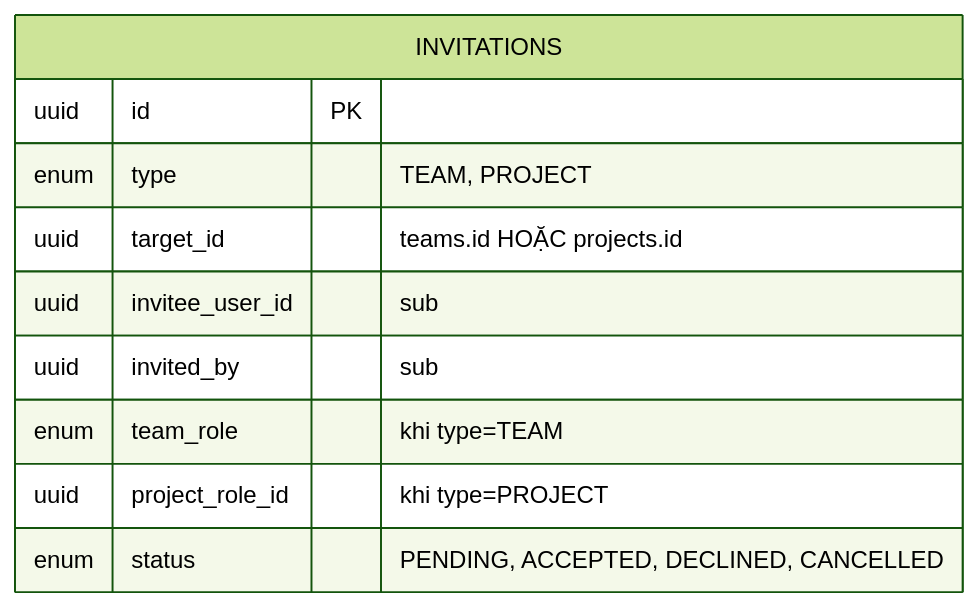
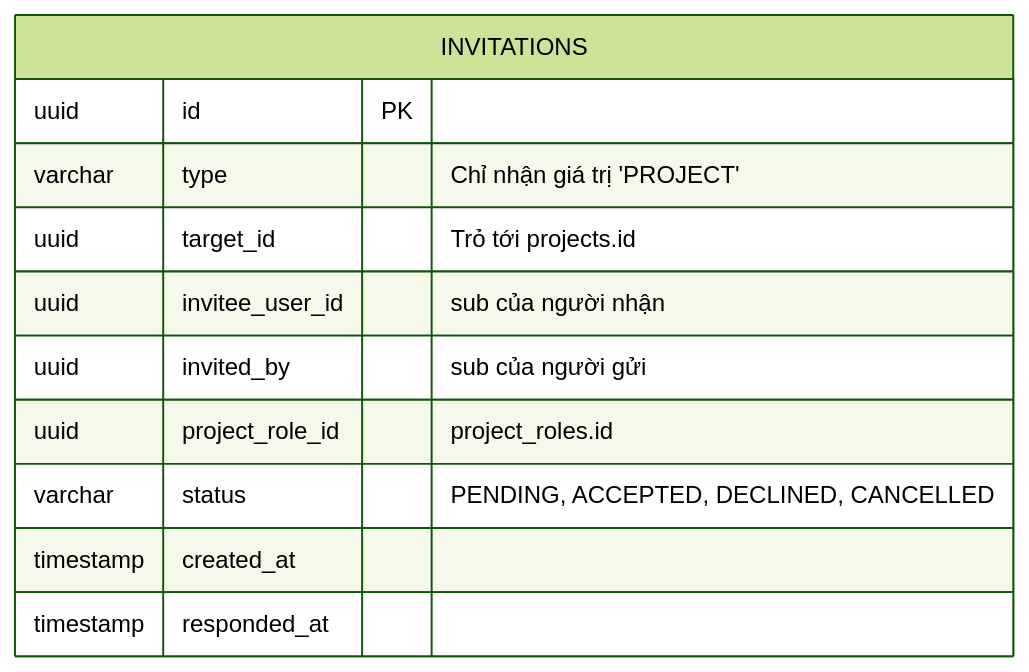
One commit to Hecker-Chuoi/DATN-2026 changed the eighth of 22 diagrams in formal_doc/01_QUAN_HE_THUC_THE.md. Above: the diagram before and after it, drawn with Mermaid (forest theme). The commit also changed other lines of this file and 60 other files, not shown here.

````diff
--- a/formal_doc/01_QUAN_HE_THUC_THE.md
+++ b/formal_doc/01_QUAN_HE_THUC_THE.md
@@ -226,13 +253,14 @@
 ```mermaid
 erDiagram
     INVITATIONS {
         uuid id PK
-        enum type "TEAM, PROJECT"
-        uuid target_id "teams.id HOẶC projects.id"
-        uuid invitee_user_id "sub"
-        uuid invited_by "sub"
-        enum team_role "khi type=TEAM"
-        uuid project_role_id "khi type=PROJECT"
-        enum status "PENDING, ACCEPTED, DECLINED, CANCELLED"
+        varchar type "Chỉ nhận giá trị 'PROJECT'"
+        uuid target_id "Trỏ tới projects.id"
+        uuid invitee_user_id "sub của người nhận"
+        uuid invited_by "sub của người gửi"
+        uuid project_role_id "project_roles.id"
+        varchar status "PENDING, ACCEPTED, DECLINED, CANCELLED"
+        timestamp created_at
+        timestamp responded_at
     }
 ```
````
